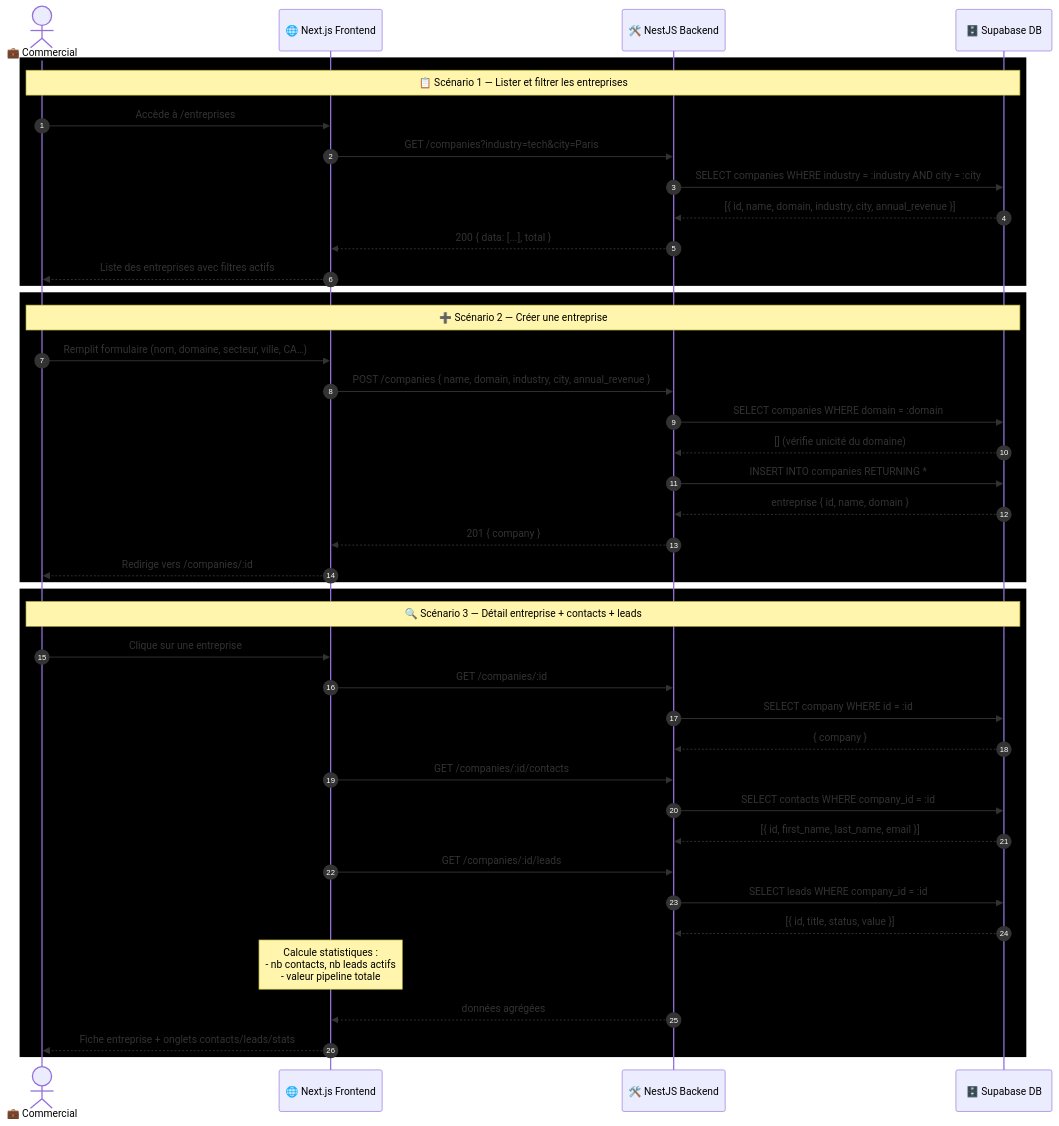
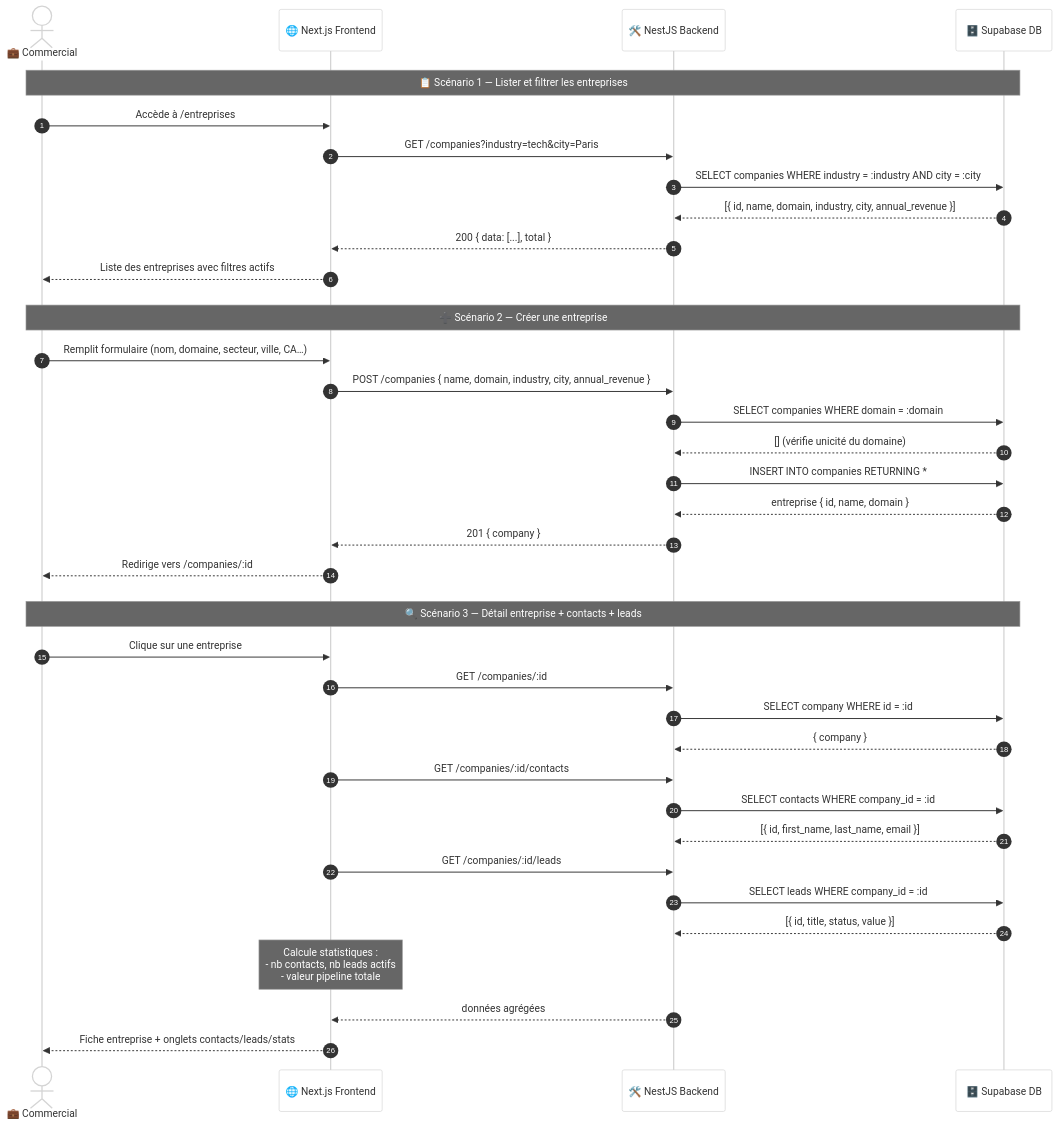
One commit to uciie/crm changed the diagram in docs/sequences/seq_entreprise.mermaid. Above: the diagram before and after it, drawn with Mermaid. The commit also changed 13 other files, not shown here.

```diff
--- a/docs/sequences/seq_entreprise.mermaid
+++ b/docs/sequences/seq_entreprise.mermaid
@@ -1,48 +1,62 @@
+%%{init: {
+  'theme': 'neutral',
+  'themeVariables': {
+    'primaryColor': '#ffffff',
+    'primaryTextColor': '#000000',
+    'primaryBorderColor': '#000000',
+    'lineColor': '#000000',
+    'secondaryColor': '#f4f4f4',
+    'tertiaryColor': '#ffffff',
+    'mainBkg': '#ffffff',
+    'nodeTextColor': '#000000'
+  }
+}}%%
+
 sequenceDiagram
     autonumber
     actor C as 💼 Commercial
     participant FE as 🌐 Next.js Frontend
     participant BE as 🛠️ NestJS Backend
     participant DB as 🗄️ Supabase DB
 
     %% ─── LISTER / FILTRER ────────────────────────────────
-    rect rgb(0, 0, 0)
+    rect rgb(255,255,255)
         Note over C,DB: 📋 Scénario 1 — Lister et filtrer les entreprises
         C->>FE: Accède à /entreprises
         FE->>BE: GET /companies?industry=tech&city=Paris
         BE->>DB: SELECT companies WHERE industry = :industry AND city = :city
         DB-->>BE: [{ id, name, domain, industry, city, annual_revenue }]
         BE-->>FE: 200 { data: [...], total }
         FE-->>C: Liste des entreprises avec filtres actifs
     end
 
     %% ─── CRÉER UNE ENTREPRISE ────────────────────────────
-    rect rgb(0, 0, 0)
+    rect rgb(255,255,255)
         Note over C,DB: ➕ Scénario 2 — Créer une entreprise
         C->>FE: Remplit formulaire (nom, domaine, secteur, ville, CA…)
         FE->>BE: POST /companies { name, domain, industry, city, annual_revenue }
         BE->>DB: SELECT companies WHERE domain = :domain
         DB-->>BE: [] (vérifie unicité du domaine)
         BE->>DB: INSERT INTO companies RETURNING *
         DB-->>BE: entreprise { id, name, domain }
         BE-->>FE: 201 { company }
         FE-->>C: Redirige vers /companies/:id
     end
 
     %% ─── VOIR DÉTAIL ─────────────────────────────────────
-    rect rgb(0, 0, 0)
+    rect rgb(255,255,255)
         Note over C,DB: 🔍 Scénario 3 — Détail entreprise + contacts + leads
         C->>FE: Clique sur une entreprise
         FE->>BE: GET /companies/:id
         BE->>DB: SELECT company WHERE id = :id
         DB-->>BE: { company }
         FE->>BE: GET /companies/:id/contacts
         BE->>DB: SELECT contacts WHERE company_id = :id
         DB-->>BE: [{ id, first_name, last_name, email }]
         FE->>BE: GET /companies/:id/leads
         BE->>DB: SELECT leads WHERE company_id = :id
         DB-->>BE: [{ id, title, status, value }]
         Note over FE: Calcule statistiques :<br/>- nb contacts, nb leads actifs<br/>- valeur pipeline totale
         BE-->>FE: données agrégées
         FE-->>C: Fiche entreprise + onglets contacts/leads/stats
     end
```
